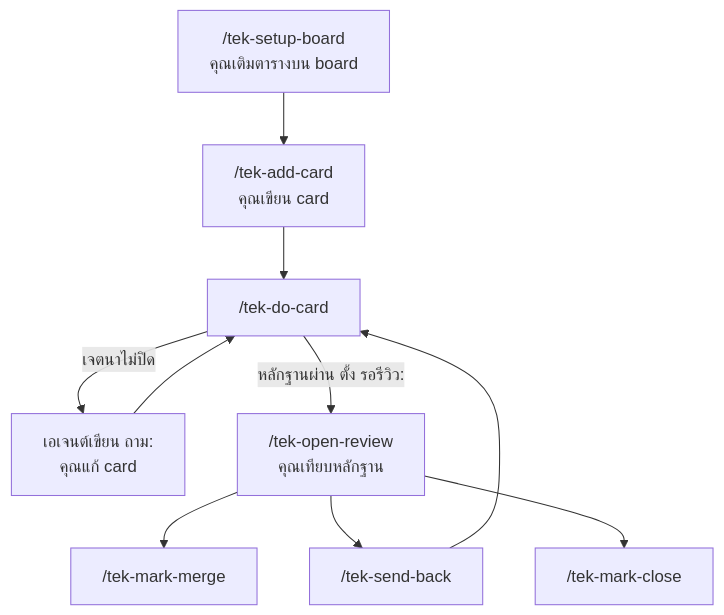
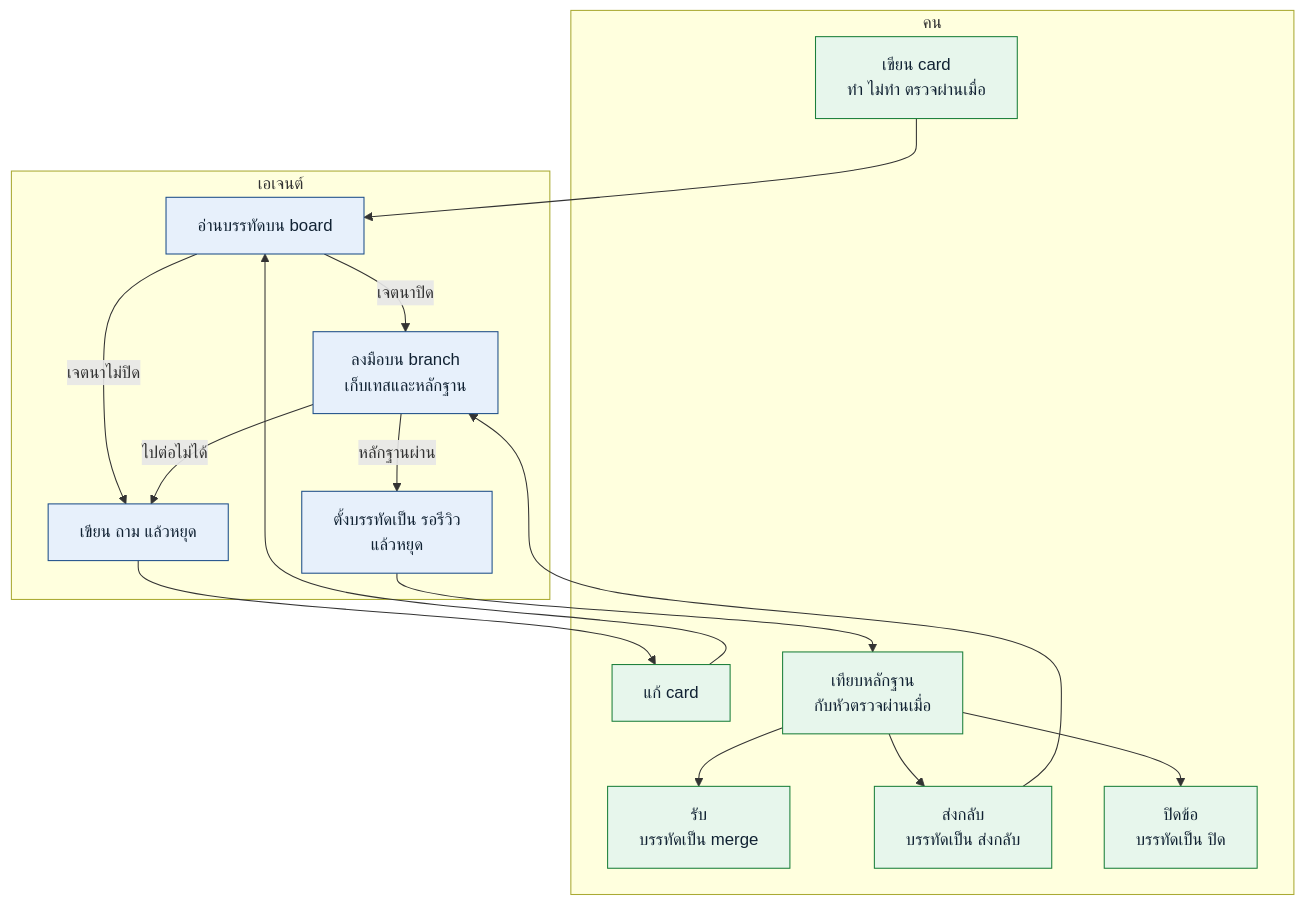
One commit to thitinan147/jtek-skill changed the diagram in README.md. Above: the diagram before and after it, drawn with Mermaid. The commit also changed other lines of this file, not shown here.

Commit message:
docs: show who does each step in the card loop
Split the readme flow into the human's decisions and the agent's work.

````diff
--- a/README.md
+++ b/README.md
@@ -51,20 +51,35 @@
 ```mermaid
 flowchart TD
-  setup["/tek-setup-board<br/>คุณเติมตารางบน board"]
-  card["/tek-add-card<br/>คุณเขียน card"]
-  run["/tek-do-card"]
-  ask["เอเจนต์เขียน ถาม:<br/>คุณแก้ card"]
-  look["/tek-open-review<br/>คุณเทียบหลักฐาน"]
-  ok["/tek-mark-merge"]
-  back["/tek-send-back"]
-  no["/tek-mark-close"]
+  subgraph person ["คน"]
+    card["เขียน card<br/>ทำ ไม่ทำ ตรวจผ่านเมื่อ"]
+    edit["แก้ card"]
+    look["เทียบหลักฐาน<br/>กับหัวตรวจผ่านเมื่อ"]
+    done["รับ<br/>บรรทัดเป็น merge"]
+    back["ส่งกลับ<br/>บรรทัดเป็น ส่งกลับ"]
+    drop["ปิดข้อ<br/>บรรทัดเป็น ปิด"]
+  end
 
-  setup --> card --> run
-  run -->|เจตนาไม่ปิด| ask
-  ask --> run
-  run -->|หลักฐานผ่าน ตั้ง รอรีวิว:| look
-  look --> ok
+  subgraph agent ["เอเจนต์"]
+    line["อ่านบรรทัดบน board"]
+    ask["เขียน ถาม แล้วหยุด"]
+    work["ลงมือบน branch<br/>เก็บเทสและหลักฐาน"]
+    wait["ตั้งบรรทัดเป็น รอรีวิว<br/>แล้วหยุด"]
+  end
+
+  card --> line
+  line -->|เจตนาไม่ปิด| ask
+  ask --> edit --> line
+  line -->|เจตนาปิด| work
+  work -->|ไปต่อไม่ได้| ask
+  work -->|หลักฐานผ่าน| wait
+  wait --> look
+  look --> done
   look --> back
-  look --> no
-  back --> run
+  look --> drop
+  back --> work
+
+  classDef human fill:#e7f6ec,stroke:#1b7f3b,color:#123
+  classDef bot fill:#e7f0fb,stroke:#1d4e89,color:#123
+  class card,edit,look,done,back,drop human
+  class line,ask,work,wait bot
 ```
````
